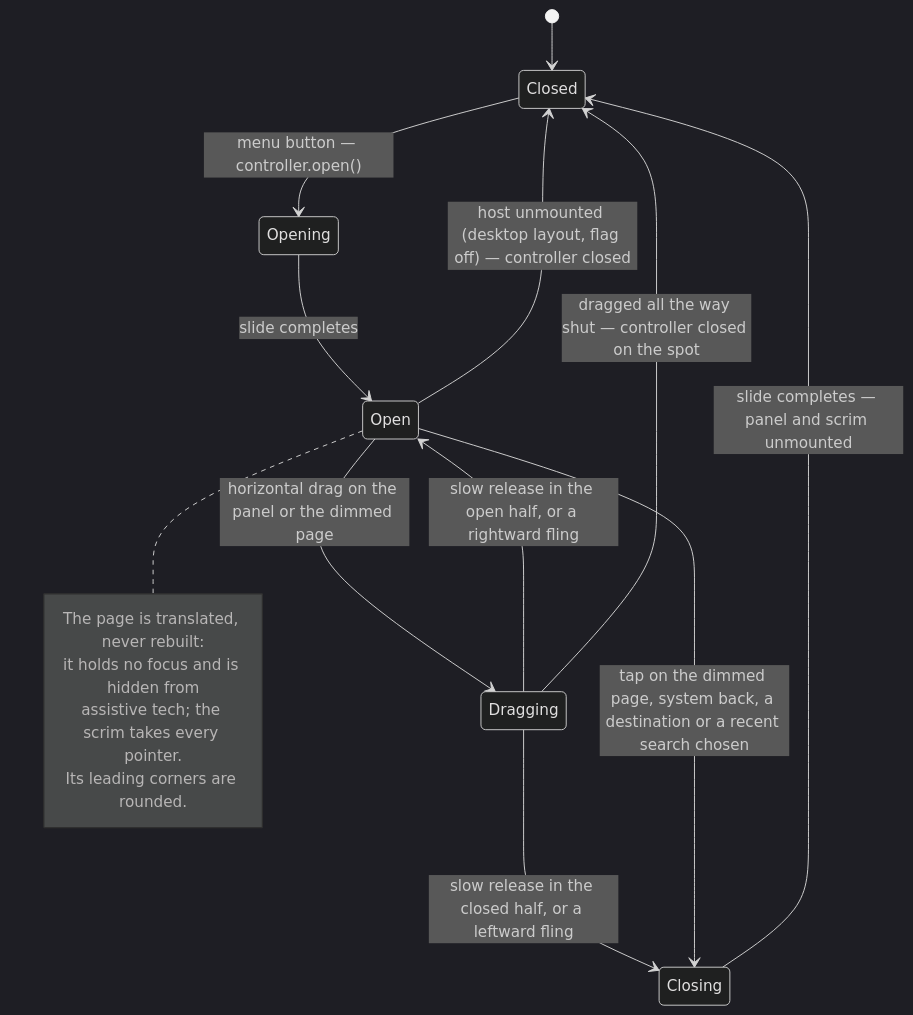
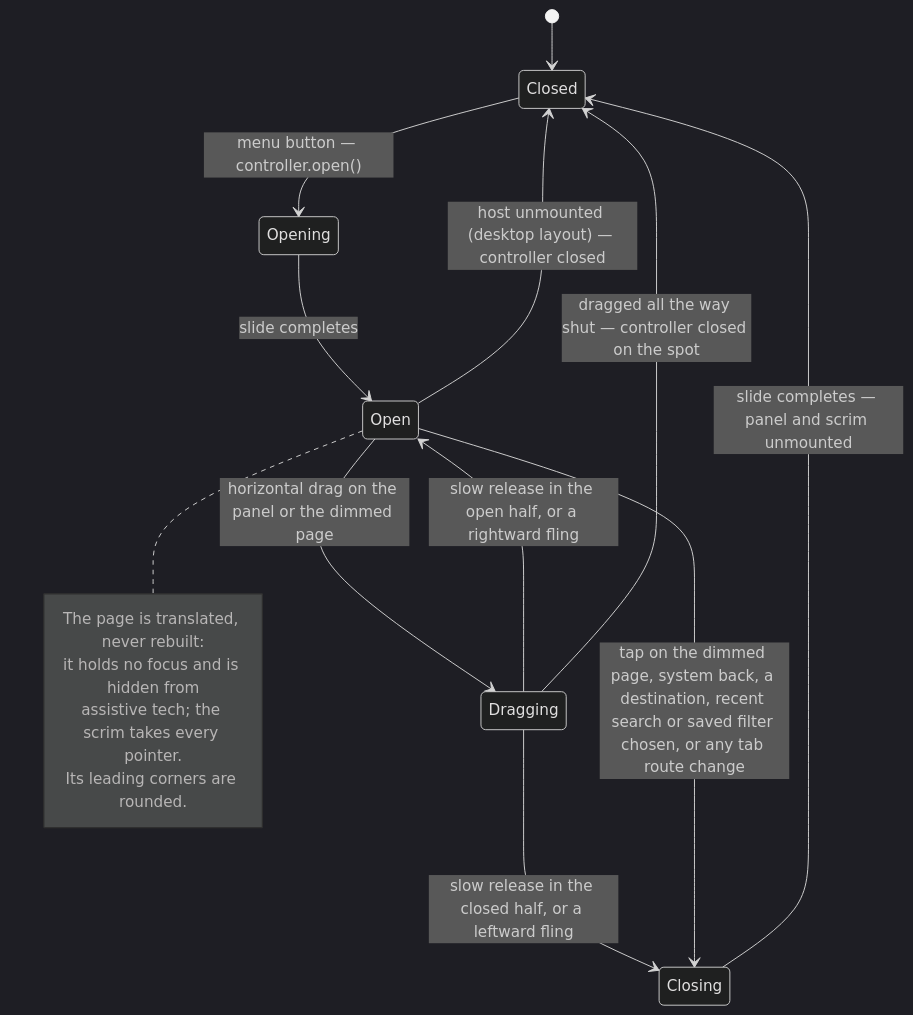
Before and after one commit to matthiasn/lotti: the sixth of 6 diagrams in knowledge/architecture/navigation.md, drawn with Mermaid (dark theme). The commit also changed other lines of this file and 67 other files, not shown here.

````diff
--- a/knowledge/architecture/navigation.md
+++ b/knowledge/architecture/navigation.md
@@ -666,19 +647,19 @@
 ```mermaid
 stateDiagram-v2
   [*] --> Closed
   Closed --> Opening: menu button — controller.open()
   Opening --> Open: slide completes
   Open --> Dragging: horizontal drag on the panel or the dimmed page
   Dragging --> Open: slow release in the open half, or a rightward fling
   Dragging --> Closing: slow release in the closed half, or a leftward fling
   Dragging --> Closed: dragged all the way shut — controller closed on the spot
-  Open --> Closing: tap on the dimmed page, system back, a destination or a recent search chosen
-  Open --> Closed: host unmounted (desktop layout, flag off) — controller closed
+  Open --> Closing: tap on the dimmed page, system back, a destination, recent search or saved filter chosen, or any tab route change
+  Open --> Closed: host unmounted (desktop layout) — controller closed
   Closing --> Closed: slide completes — panel and scrim unmounted
   note right of Open
     The page is translated, never rebuilt:
     it holds no focus and is hidden from
     assistive tech; the scrim takes every pointer.
     Its leading corners are rounded.
   end note
 ```
````
